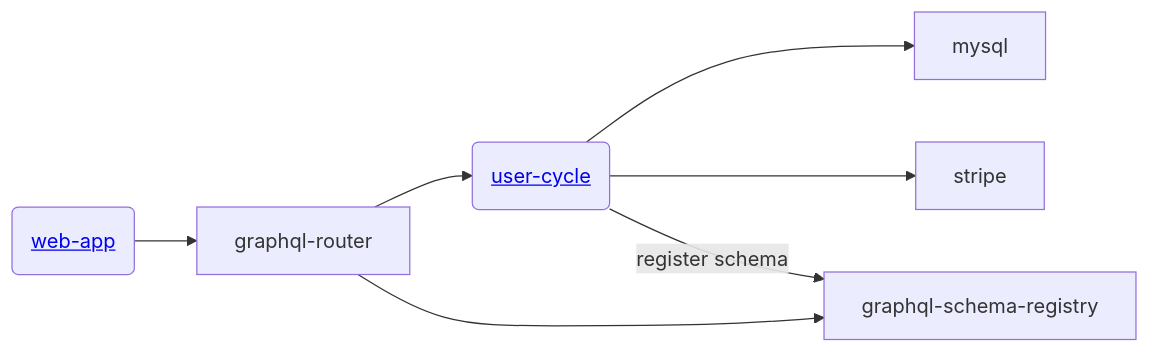
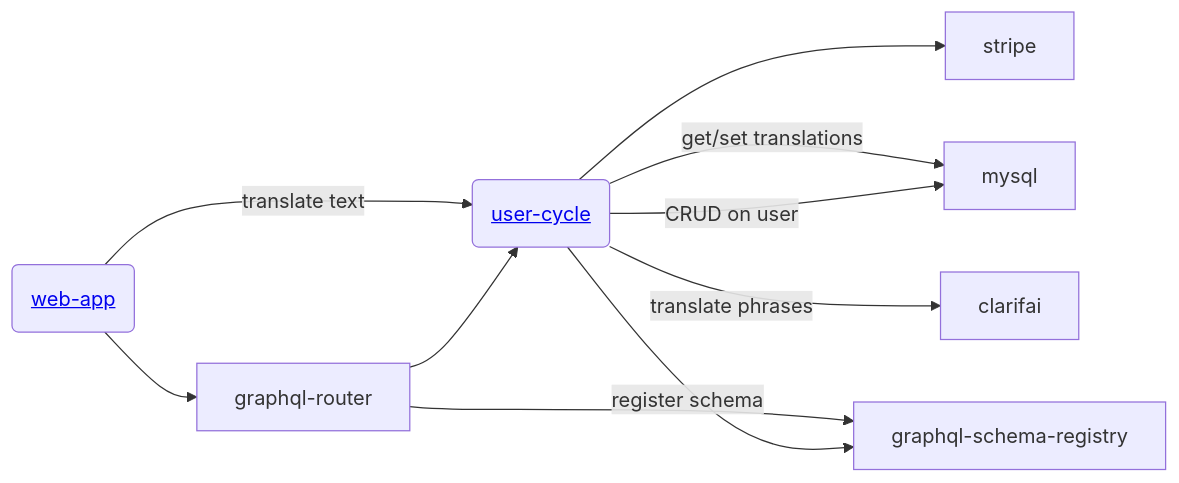
Before and after one commit to Gratheon/user-cycle: the diagram in README.md, drawn with Mermaid. The commit also changed other lines of this file, not shown here.

````diff
--- a/README.md
+++ b/README.md
@@ -10,9 +13,12 @@
 ```mermaid
 flowchart LR
     web-app("<a href='https://github.com/Gratheon/web-app'>web-app</a>") --> graphql-router
     
-    graphql-router --> user-cycle("<a href='https://github.com/Gratheon/user-cycle'>user-cycle</a>") --> mysql
+    graphql-router --> user-cycle("<a href='https://github.com/Gratheon/user-cycle'>user-cycle</a>") --"CRUD on user"--> mysql
     user-cycle --> stripe
     user-cycle --"register schema"--> graphql-schema-registry
     graphql-router --> graphql-schema-registry
+
+    web-app--"translate text" --> user-cycle --"translate phrases"--> clarifai
+    user-cycle--"get/set translations"--> mysql
 ```
````
